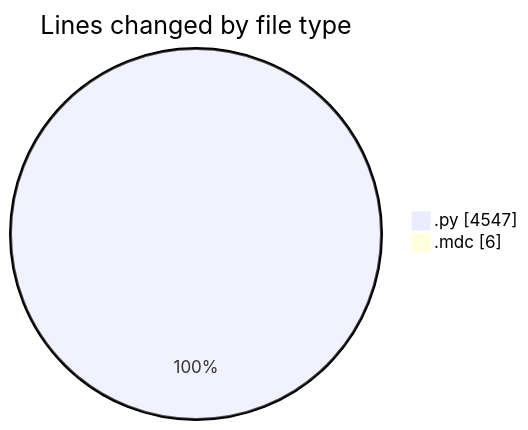
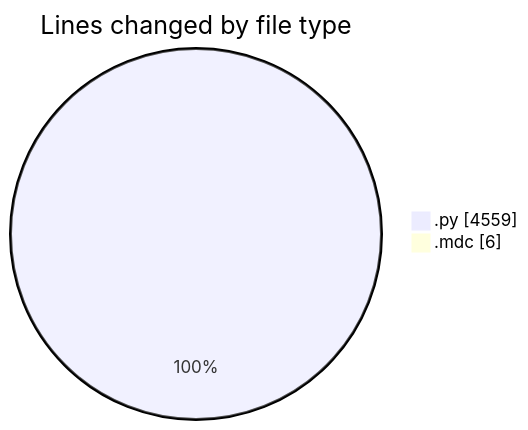
Before and after one commit to jrari/code-tracking: the first of 2 diagrams in 2025-07-15/telebot/README.md, drawn with Mermaid. The commit also changed other lines of this file and 1 other file, not shown here.

````diff
--- a/2025-07-15/telebot/README.md
+++ b/2025-07-15/telebot/README.md
@@ -27,6 +27,6 @@
 ```mermaid
 pie showData
 title Lines changed by file type
-".py" : 4547
+".py" : 4559
 ".mdc" : 6
 ```
````
